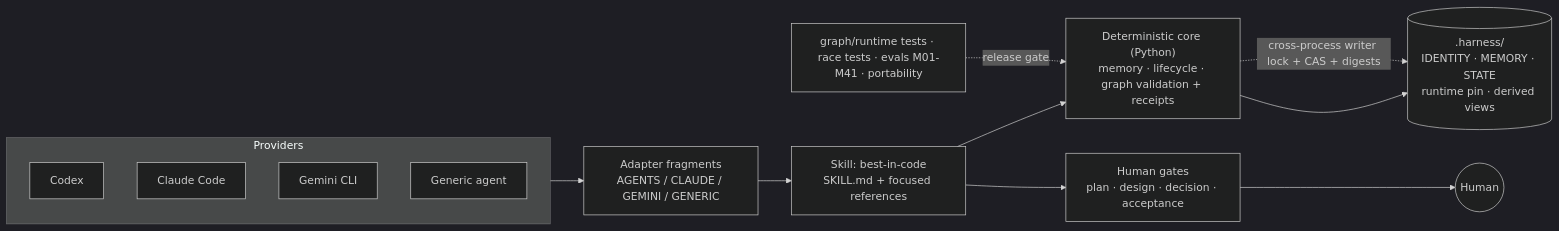
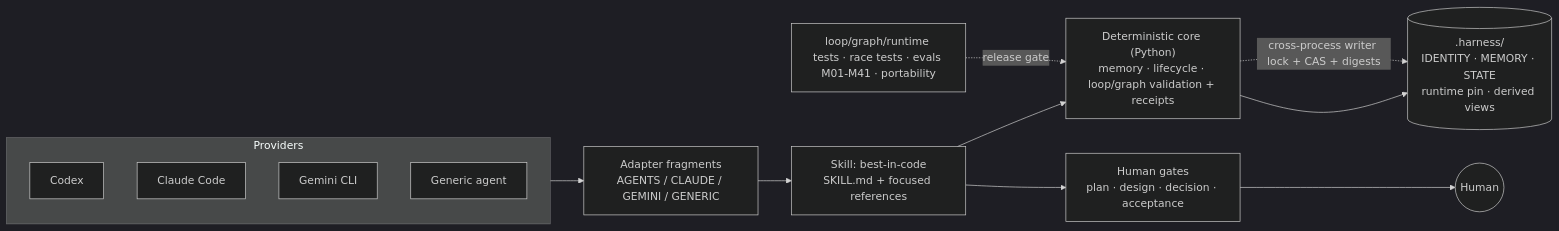
Before and after one commit to kingggg5/harness: the diagram in README.md, drawn with Mermaid (dark theme). The commit also changed other lines of this file and 26 other files, not shown here.

````diff
--- a/README.md
+++ b/README.md
@@ -164,17 +176,17 @@
 ```mermaid
 graph LR
 	subgraph Providers
 		CX[Codex]
 		CC[Claude Code]
 		GEM[Gemini CLI]
 		GEN[Generic agent]
 	end
 	Providers --> AD[Adapter fragments<br/>AGENTS / CLAUDE / GEMINI / GENERIC]
 	AD --> SKILL["Skill: best-in-code<br/>SKILL.md + focused references"]
-	SKILL --> OPS["Deterministic core (Python)<br/>memory · lifecycle · graph validation + receipts"]
+	SKILL --> OPS["Deterministic core (Python)<br/>memory · lifecycle · loop/graph validation + receipts"]
 	OPS --> STORE[(".harness/<br/>IDENTITY · MEMORY · STATE<br/>runtime pin · derived views")]
 	OPS -. cross-process writer lock + CAS + digests .-> STORE
 	SKILL --> GATES[Human gates<br/>plan · design · decision · acceptance]
 	GATES --> HUMAN((Human))
-	QA2[graph/runtime tests · race tests · evals M01-M41 · portability] -. release gate .-> OPS
+	QA2[loop/graph/runtime tests · race tests · evals M01-M41 · portability] -. release gate .-> OPS
 ```
````
